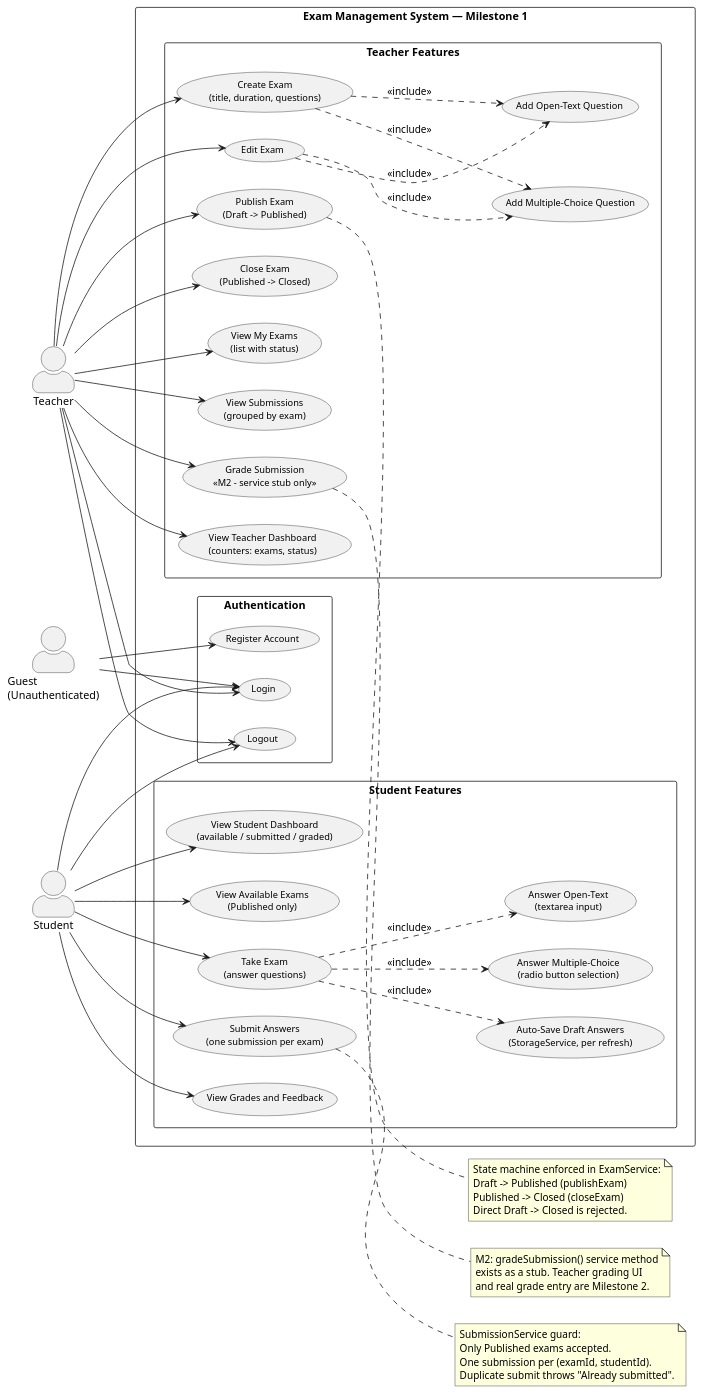
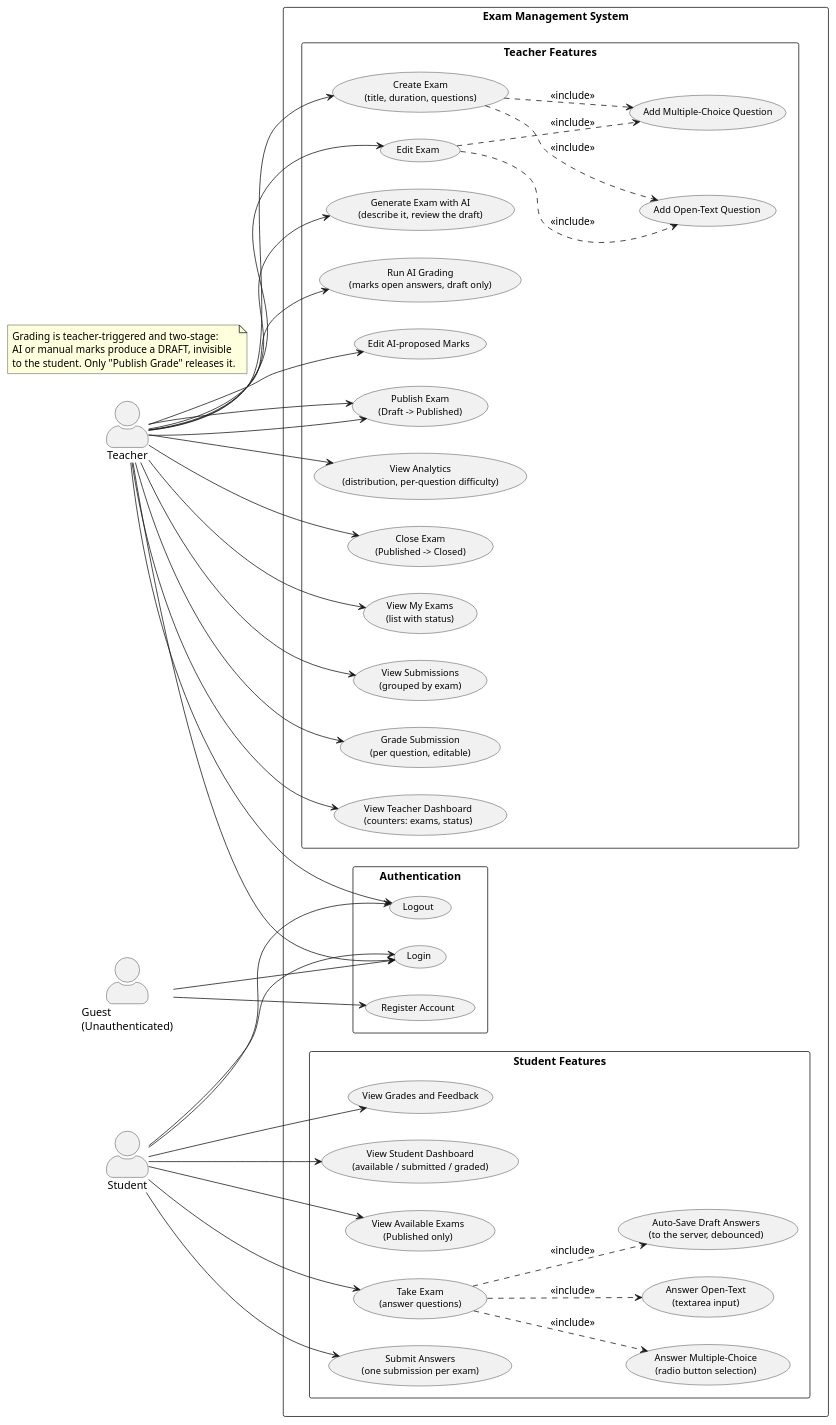
One commit to dormor589/EMS_M1 changed the diagram in docs/diagrams/use-case-diagram.puml. Above: the diagram before and after it, drawn with PlantUML. The commit also changed 144 other files, not shown here.

```diff
--- a/docs/diagrams/use-case-diagram.puml
+++ b/docs/diagrams/use-case-diagram.puml
@@ -1,111 +1,108 @@
-@startuml EMS_M1_UseCaseDiagram
-' EMS_M1 Use Case Diagram — reflects features implemented in D001-D007.
+@startuml EMS_UseCaseDiagram
+' EMS Use Case Diagram — every capability in the delivered system.
+' Milestone 1 built the exam and submission flows; Milestone 2 added the AI
+' generation, AI-assisted grading, the publish gate and analytics.
 ' Source: the milestone brief §15.2
 '
-' Notes on M1 scope:
-'   - Grade Submission: service stub exists (gradeSubmission()) but
-'     there is no teacher grading UI. Shown as <<M2>> to reflect reality.
+' Notes:
+'   - Grade Submission is per-question and AI-assisted, behind a publish gate.
 '   - Register is available to both Teacher and Student actors.
 
 left to right direction
 skinparam actorStyle awesome
 skinparam packageStyle rectangle
 skinparam usecaseFontSize 12
 
 actor Teacher
 actor Student
 actor "Guest\n(Unauthenticated)" as Guest
 
-rectangle "Exam Management System — Milestone 1" {
+rectangle "Exam Management System" {
 
   ' ── Shared / Auth ─────────────────────────────────────────────────────────
   package "Authentication" {
     usecase "Register Account"    as UC_Register
     usecase "Login"               as UC_Login
     usecase "Logout"              as UC_Logout
   }
 
   ' ── Teacher Use Cases ────────────────────────────────────────────────────
   package "Teacher Features" {
     usecase "View Teacher Dashboard\n(counters: exams, status)" as UC_TDash
     usecase "Create Exam\n(title, duration, questions)"         as UC_Create
     usecase "Add Multiple-Choice Question"                       as UC_AddMC
     usecase "Add Open-Text Question"                             as UC_AddOT
     usecase "Edit Exam"                                          as UC_Edit
+    usecase "Generate Exam with AI\n(describe it, review the draft)"  as UC_AIGen
+    usecase "Run AI Grading\n(marks open answers, draft only)"        as UC_AIGrade
+    usecase "Edit AI-proposed Marks"                                   as UC_EditMarks
+    usecase "Publish Grade to Student"                                 as UC_Publish
+    usecase "View Analytics\n(distribution, per-question difficulty)" as UC_Analytics
     usecase "Publish Exam\n(Draft -> Published)"                 as UC_Publish
     usecase "Close Exam\n(Published -> Closed)"                  as UC_Close
     usecase "View My Exams\n(list with status)"                  as UC_ExamList
     usecase "View Submissions\n(grouped by exam)"                as UC_ViewSubs
-    usecase "Grade Submission\n<<M2 - service stub only>>"       as UC_Grade
+    usecase "Grade Submission\n(per question, editable)"       as UC_Grade
   }
 
   ' ── Student Use Cases ────────────────────────────────────────────────────
   package "Student Features" {
     usecase "View Student Dashboard\n(available / submitted / graded)" as UC_SDash
     usecase "View Available Exams\n(Published only)"                    as UC_Available
     usecase "Take Exam\n(answer questions)"                             as UC_Take
     usecase "Answer Multiple-Choice\n(radio button selection)"          as UC_AnswerMC
     usecase "Answer Open-Text\n(textarea input)"                        as UC_AnswerOT
-    usecase "Auto-Save Draft Answers\n(StorageService, per refresh)"    as UC_Draft
+    usecase "Auto-Save Draft Answers\n(to the server, debounced)"    as UC_Draft
     usecase "Submit Answers\n(one submission per exam)"                 as UC_Submit
     usecase "View Grades and Feedback"                                  as UC_Grades
   }
 
 }
 
 ' ── Guest associations ───────────────────────────────────────────────────────
 Guest --> UC_Register
 Guest --> UC_Login
 
 ' ── Teacher associations ─────────────────────────────────────────────────────
 Teacher --> UC_Login
+Teacher --> UC_AIGen
+Teacher --> UC_AIGrade
+Teacher --> UC_EditMarks
+Teacher --> UC_Publish
+Teacher --> UC_Analytics
 Teacher --> UC_Logout
 Teacher --> UC_TDash
 Teacher --> UC_Create
 Teacher --> UC_Edit
 Teacher --> UC_Publish
 Teacher --> UC_Close
 Teacher --> UC_ExamList
 Teacher --> UC_ViewSubs
 Teacher --> UC_Grade
 
 UC_Create ..> UC_AddMC : <<include>>
 UC_Create ..> UC_AddOT : <<include>>
 UC_Edit   ..> UC_AddMC : <<include>>
 UC_Edit   ..> UC_AddOT : <<include>>
 
 ' ── Student associations ─────────────────────────────────────────────────────
 Student --> UC_Login
 Student --> UC_Logout
 Student --> UC_SDash
 Student --> UC_Available
 Student --> UC_Take
 Student --> UC_Submit
 Student --> UC_Grades
 
 UC_Take ..> UC_AnswerMC : <<include>>
 UC_Take ..> UC_AnswerOT : <<include>>
 UC_Take ..> UC_Draft    : <<include>>
 
-' ── State machine note ───────────────────────────────────────────────────────
-note right of UC_Publish
-  State machine enforced in ExamService:
-  Draft -> Published (publishExam)
-  Published -> Closed (closeExam)
-  Direct Draft -> Closed is rejected.
-end note
-
-note right of UC_Submit
-  SubmissionService guard:
-  Only Published exams accepted.
-  One submission per (examId, studentId).
-  Duplicate submit throws "Already submitted".
-end note
-
-note right of UC_Grade
-  M2: gradeSubmission() service method
-  exists as a stub. Teacher grading UI
-  and real grade entry are Milestone 2.
+' ── Notes ──────────────────────────────────────────────────────────────
+note as N_Publish
+  Grading is teacher-triggered and two-stage:
+  AI or manual marks produce a DRAFT, invisible
+  to the student. Only "Publish Grade" releases it.
 end note
 
 @enduml
```
